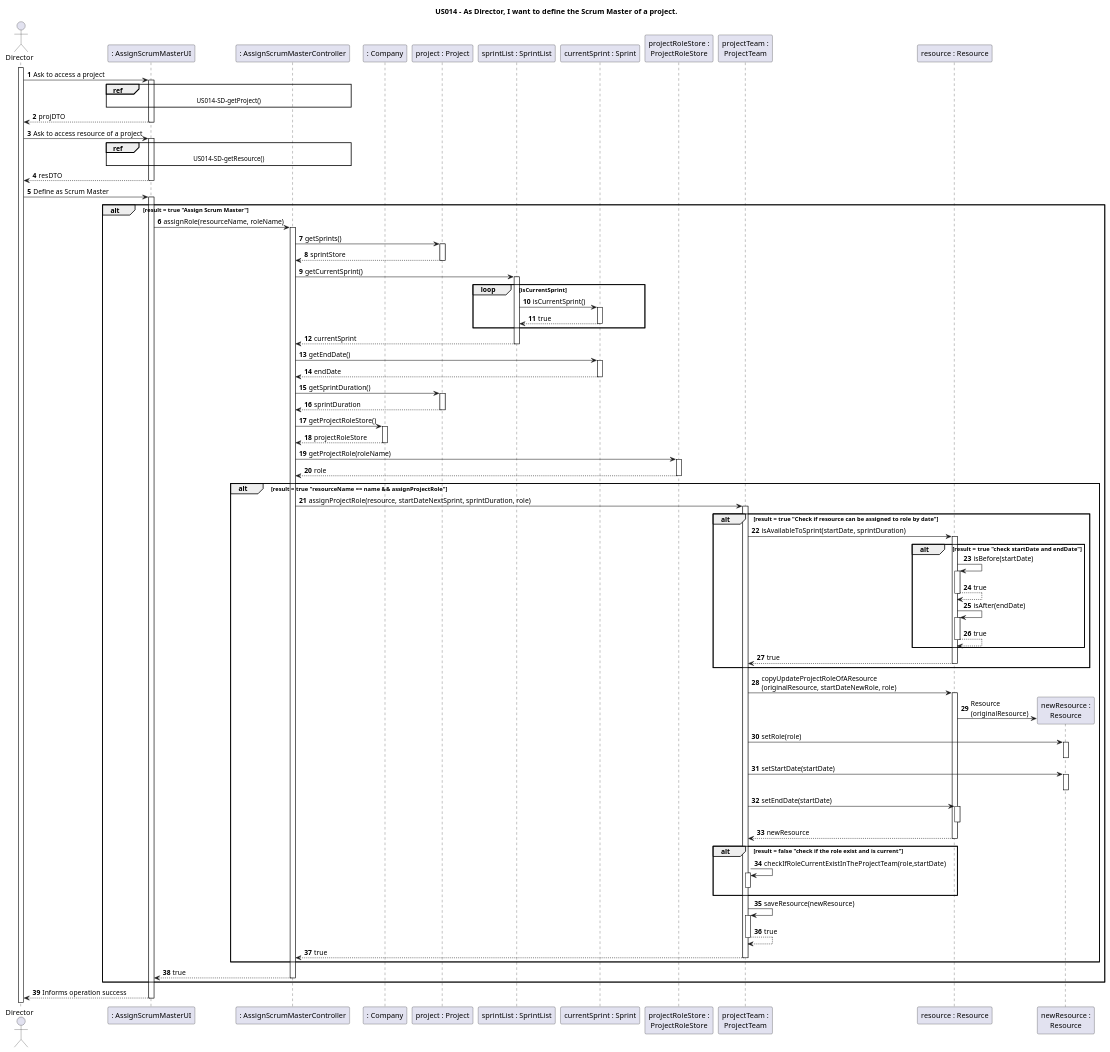
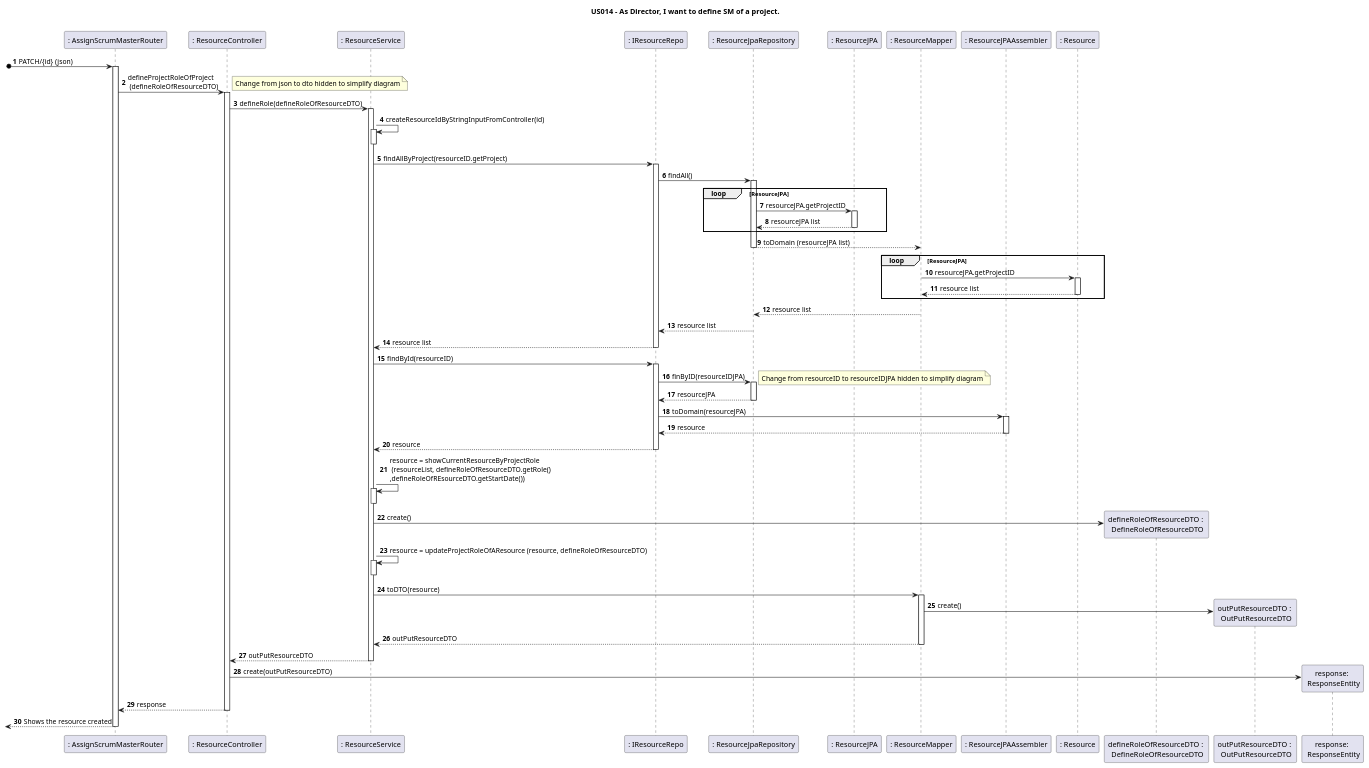
Before and after one commit to nunogon1211787/projectManagement: the diagram in docs/Sprint2/US014/US014-SD.puml, drawn with PlantUML. The commit also changed 28 other files, not shown here.

```diff
--- a/docs/Sprint2/US014/US014-SD.puml
+++ b/docs/Sprint2/US014/US014-SD.puml
@@ -1,82 +1,67 @@
 @startuml
+'https://plantuml.com/sequence-diagram
 
-title "US014 - As Director, I want to define the Scrum Master of a project."
+title US014 - As Director, I want to define SM of a project.
+
+autonumber
+
+participant ": AssignScrumMasterRouter" as Route
+participant ": ResourceController" as Ctrl
+participant ": ResourceService" as service
+participant ": IResourceRepo" as iResourceRepo
+participant ": ResourceJpaRepository" as resourceJPARepository
+participant ": ResourceJPA" as resourceJPA
+participant ": ResourceMapper" as mapper
+participant ": ResourceJPAAssembler" as assembler
+participant ": Resource" as resource
+participant "defineRoleOfResourceDTO : \n DefineRoleOfResourceDTO" as defineRoleOfResourceDTO
+participant "outPutResourceDTO : \n OutPutResourceDTO" as outPutResourceDTO
+participant "response: \n ResponseEntity" as json
+
 
 autoactivate on
-autonumber
 
-actor "Director" as Director
-participant ": AssignScrumMasterUI" as UI
-participant ": AssignScrumMasterController" as Controller
-participant ": Company" as Company
-participant "project : Project" as Project
-participant "sprintList : SprintList" as SprintList
-participant "currentSprint : Sprint" as Sprint
-participant "projectRoleStore :\nProjectRoleStore" as ProjectRoleStore
-participant "projectTeam :\nProjectTeam" as ProjectTeam
-participant "resource : Resource" as OriginalResource
-participant "newResource :\nResource" as newResource
-
-activate Director
-
-Director -> UI: Ask to access a project
-    ref over UI, Controller : US014-SD-getProject()
-UI --> Director: projDTO
-
-Director -> UI: Ask to access resource of a project
-    ref over UI, Controller : US014-SD-getResource()
-return resDTO
-
-Director -> UI: Define as Scrum Master
-alt result = true "Assign Scrum Master"
-    UI -> Controller: assignRole(resourceName, roleName)
-    Controller -> Project: getSprints()
-    return sprintStore
-    Controller -> SprintList: getCurrentSprint()
-        loop isCurrentSprint
-            SprintList -> Sprint: isCurrentSprint()
-            return true
-        end
-    return currentSprint
-    Controller -> Sprint: getEndDate()
-    return endDate
-    Controller -> Project: getSprintDuration()
-    return sprintDuration
-    Controller -> Company: getProjectRoleStore()
-    return projectRoleStore
-    Controller -> ProjectRoleStore: getProjectRole(roleName)
-    return role
-        alt result = true "resourceName == name && assignProjectRole"
-            Controller -> ProjectTeam: assignProjectRole(resource, startDateNextSprint, sprintDuration, role)
-            alt result = true "Check if resource can be assigned to role by date"
-            ProjectTeam -> OriginalResource: isAvailableToSprint(startDate, sprintDuration)
-                alt result = true "check startDate and endDate"
-                OriginalResource -> OriginalResource: isBefore(startDate)
-                return true
-                OriginalResource -> OriginalResource: isAfter(endDate)
-                return true
-                end
-            return true
-            end
-            ProjectTeam -> OriginalResource: copyUpdateProjectRoleOfAResource\n(originalResource, startDateNewRole, role)
-            OriginalResource -> newResource**: Resource\n(originalResource)
-                ProjectTeam -> newResource: setRole(role)
-                deactivate
-                ProjectTeam -> newResource: setStartDate(startDate)
-                deactivate
-                ProjectTeam -> OriginalResource: setEndDate(startDate)
-                deactivate
-            return newResource
-            alt result = false "check if the role exist and is current"
-                    ProjectTeam -> ProjectTeam: checkIfRoleCurrentExistInTheProjectTeam(role,startDate)
-                    deactivate
-            end
-                    ProjectTeam -> ProjectTeam: saveResource(newResource)
-                    return true
-        return true
-        end
-    return true
+[o-> Route: PATCH/{id} (json)
+Route -> Ctrl: defineProjectRoleOfProject \n (defineRoleOfResourceDTO)
+note right
+Change from json to dto hidden to simplify diagram
+end note
+Ctrl -> service: defineRole(defineRoleOfResourceDTO)
+service -> service: createResourceIdByStringInputFromController(id)
+deactivate
+service -> iResourceRepo: findAllByProject(resourceID.getProject)
+iResourceRepo -> resourceJPARepository: findAll()
+loop ResourceJPA
+resourceJPARepository -> resourceJPA: resourceJPA.getProjectID
+return resourceJPA list
 end
-return Informs operation success
-
+resourceJPARepository --> mapper: toDomain (resourceJPA list)
+loop ResourceJPA
+mapper -> resource: resourceJPA.getProjectID
+return resource list
+end
+mapper --> resourceJPARepository: resource list
+resourceJPARepository --> iResourceRepo: resource list
+iResourceRepo --> service: resource list
+service -> iResourceRepo: findById(resourceID)
+iResourceRepo -> resourceJPARepository: finByID(resourceIDJPA)
+note right
+Change from resourceID to resourceIDJPA hidden to simplify diagram
+end note
+resourceJPARepository --> iResourceRepo: resourceJPA
+iResourceRepo -> assembler: toDomain(resourceJPA)
+assembler --> iResourceRepo: resource
+iResourceRepo --> service: resource
+service -> service: resource = showCurrentResourceByProjectRole \n (resourceList, defineRoleOfResourceDTO.getRole() \n,defineRoleOfREsourceDTO.getStartDate())
+deactivate
+service -> defineRoleOfResourceDTO ** : create()
+service -> service: resource = updateProjectRoleOfAResource (resource, defineRoleOfResourceDTO)
+deactivate
+service -> mapper: toDTO(resource)
+mapper -> outPutResourceDTO **: create()
+mapper --> service: outPutResourceDTO
+service --> Ctrl: outPutResourceDTO
+Ctrl -> json **: create(outPutResourceDTO)
+Ctrl --> Route: response
+[<--Route : Shows the resource created
 @enduml
```
